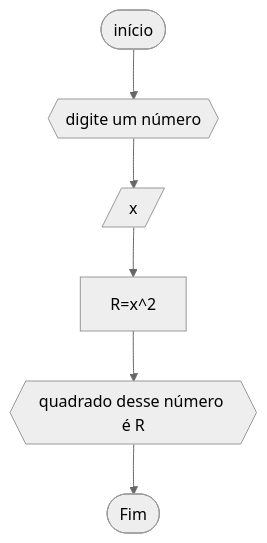
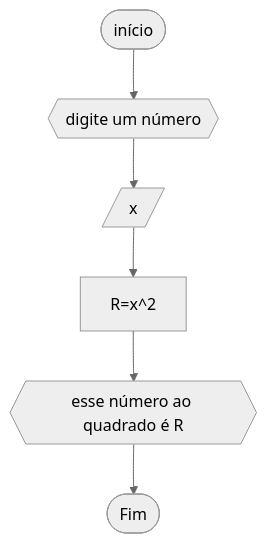
Before and after one commit to yeesusu/UNIFOR: the diagram in RLA/RLA2/lista_exercício2.5.md, drawn with Mermaid (neutral theme). The commit also changed other lines of this file, not shown here.

````diff
--- a/RLA/RLA2/lista_exercício2.5.md
+++ b/RLA/RLA2/lista_exercício2.5.md
@@ -4,8 +4,8 @@
 ```mermaid
 flowchart TD
 A([início])-->B{{"digite um número"}}
 B-->C[/x/]
 C-->E[R=x^2]
-E-->F{{"quadrado desse número é R"}}
+E-->F{{"esse número ao quadrado é R"}}
 F-->Z([Fim])
 ```
````
